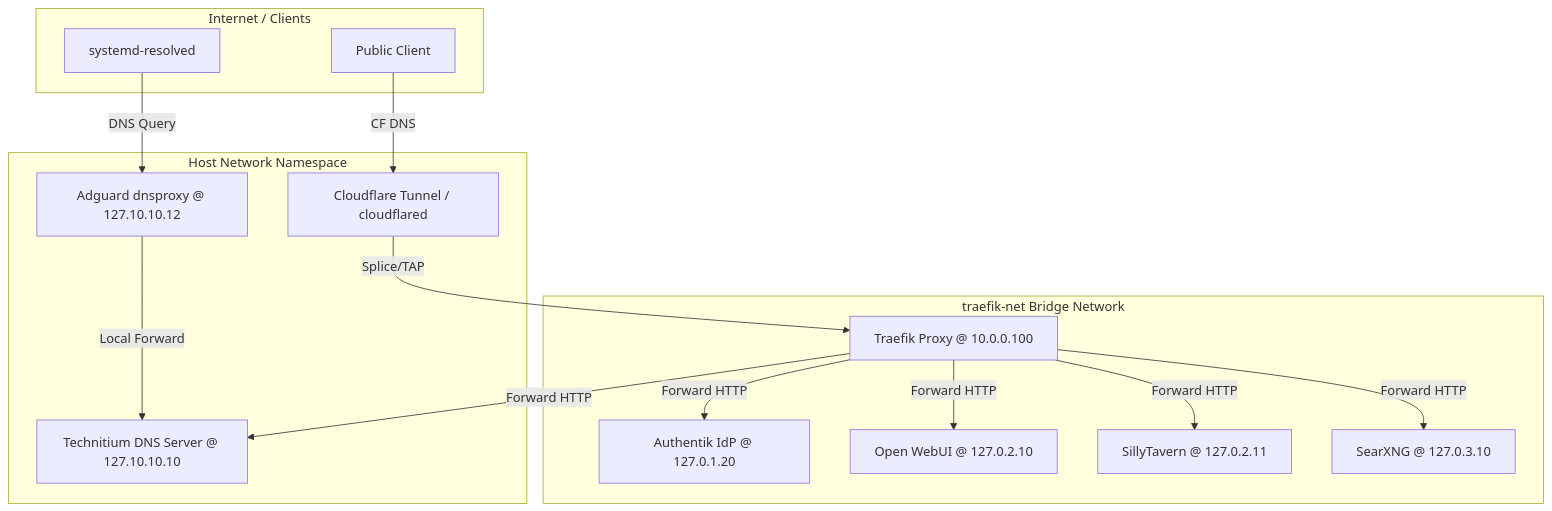
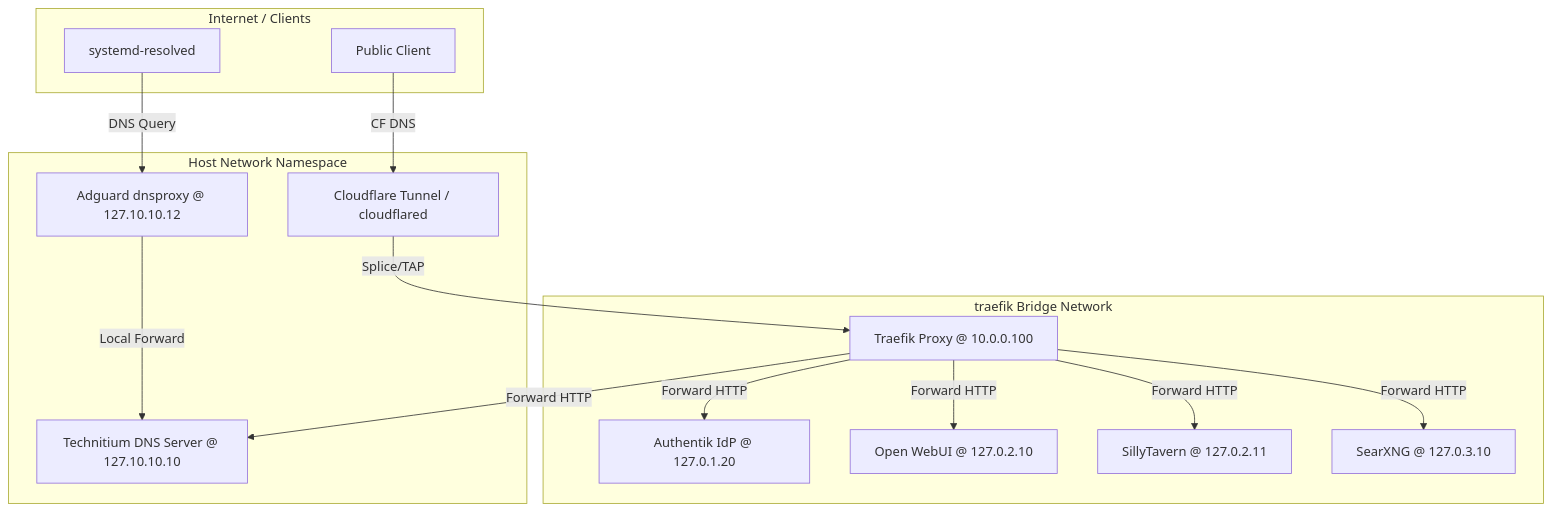
The diagram in README.md (rusano-knn/rusano-lab), drawn with Mermaid before and after one commit. The commit also changed other lines of this file and 2 other files, not shown here.

````diff
--- a/README.md
+++ b/README.md
@@ -16,32 +17,32 @@
 ```mermaid
 graph TD
     subgraph Internet / Clients
         PublicClient[Public Client]
         Resolved[systemd-resolved]
     end
 
     subgraph Host Network Namespace
         CFTunnel[Cloudflare Tunnel / cloudflared]
         DNSProxy[Adguard dnsproxy @ 127.10.10.12]
         TechDNS[Technitium DNS Server @ 127.10.10.10]
     end
 
-    subgraph traefik-net Bridge Network
+    subgraph traefik Bridge Network
         Traefik[Traefik Proxy @ 10.0.0.100]
         Authentik[Authentik IdP @ 127.0.1.20]
         OpenWebUI[Open WebUI @ 127.0.2.10]
         SillyTavern[SillyTavern @ 127.0.2.11]
         SearXNG[SearXNG @ 127.0.3.10]
     end
 
     PublicClient -->|CF DNS| CFTunnel
     CFTunnel -->|Splice/TAP| Traefik
     Resolved -->|DNS Query| DNSProxy
     DNSProxy -->|Local Forward| TechDNS
 
     Traefik -->|Forward HTTP| Authentik
     Traefik -->|Forward HTTP| OpenWebUI
     Traefik -->|Forward HTTP| SillyTavern
     Traefik -->|Forward HTTP| SearXNG
     Traefik -->|Forward HTTP| TechDNS
 ```
````
